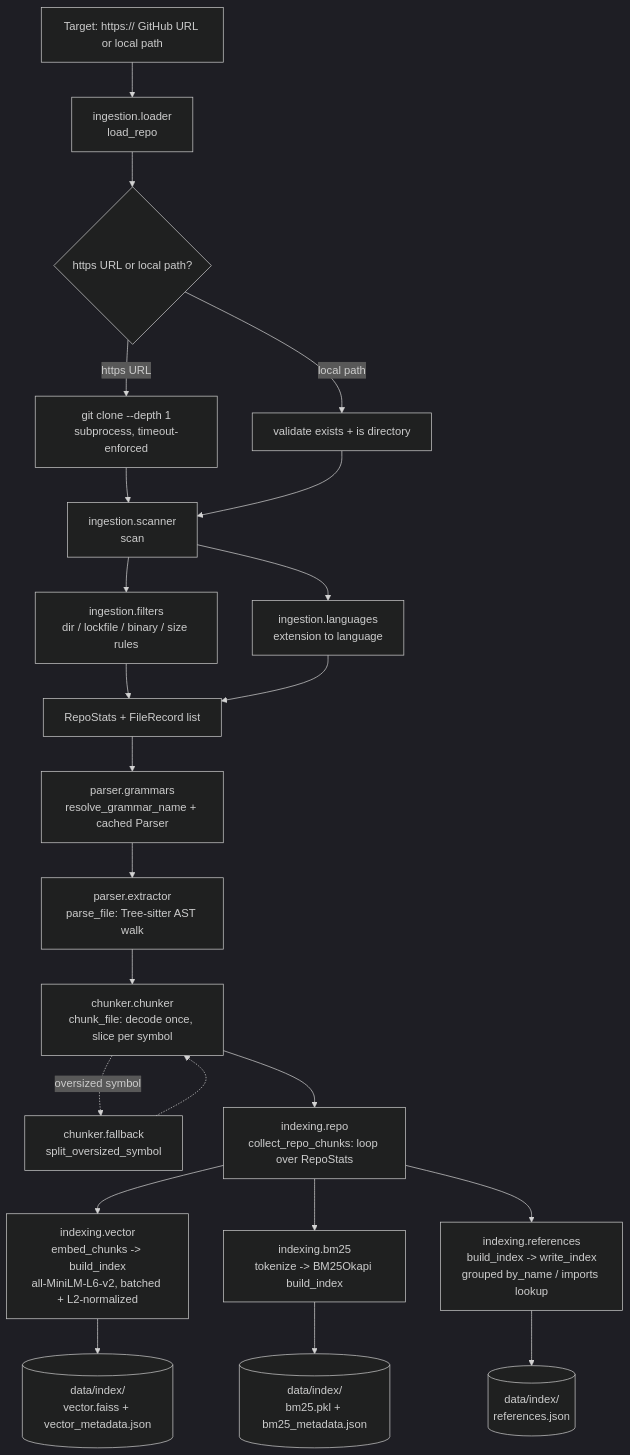
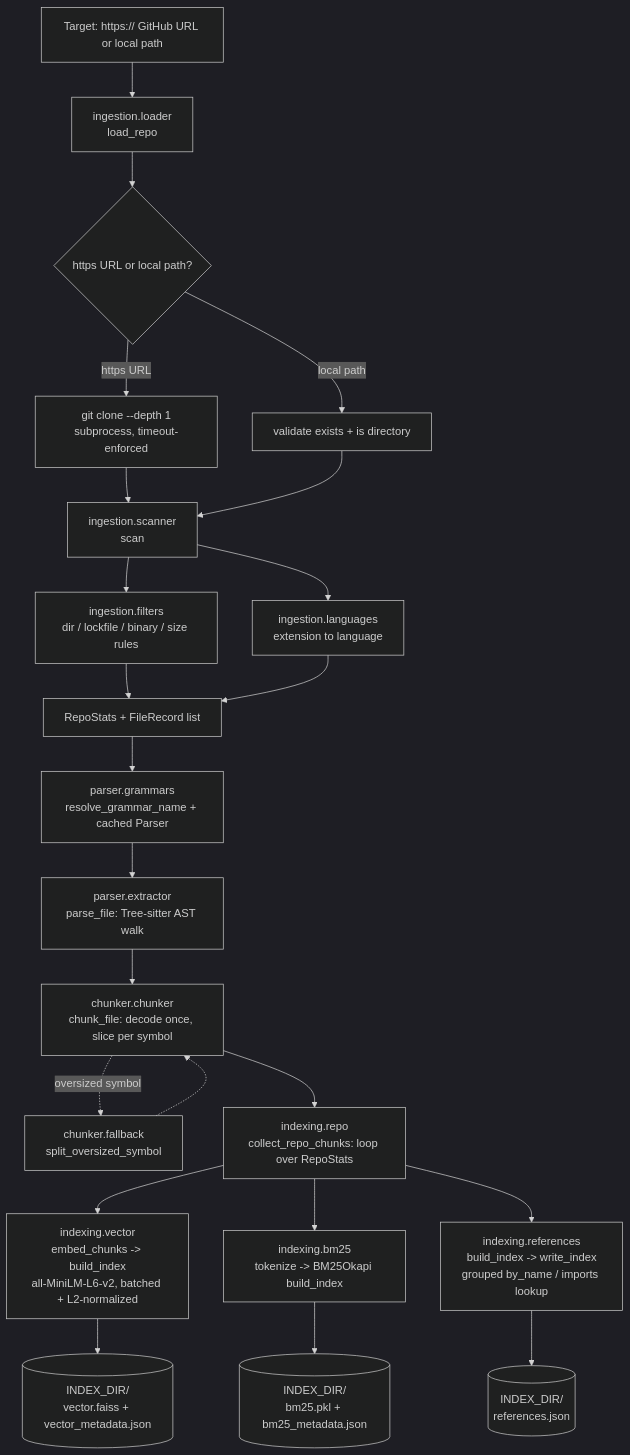
The second of 10 diagrams in FLOW.md (AyushShanu/CodeBase-MCP-Server), drawn with Mermaid (dark theme) before and after one commit. The commit also changed other lines of this file and 13 other files, not shown here.

````diff
--- a/FLOW.md
+++ b/FLOW.md
@@ -146,25 +160,25 @@
 ```mermaid
 flowchart TD
     A[Target: https:// GitHub URL or local path] --> B1[ingestion.loader<br/>load_repo]
     B1 --> B2{https URL or local path?}
     B2 -->|https URL| B3[git clone --depth 1<br/>subprocess, timeout-enforced]
     B2 -->|local path| B4[validate exists + is directory]
     B3 --> B5[ingestion.scanner<br/>scan]
     B4 --> B5
     B5 --> B6[ingestion.filters<br/>dir / lockfile / binary / size rules]
     B5 --> B7[ingestion.languages<br/>extension to language]
     B6 --> B8[RepoStats + FileRecord list]
     B7 --> B8
     B8 --> C1[parser.grammars<br/>resolve_grammar_name + cached Parser]
     C1 --> C2[parser.extractor<br/>parse_file: Tree-sitter AST walk]
     C2 --> D1[chunker.chunker<br/>chunk_file: decode once, slice per symbol]
     D1 -.oversized symbol.-> D2[chunker.fallback<br/>split_oversized_symbol]
     D2 -.-> D1
     D1 --> D3[indexing.repo<br/>collect_repo_chunks: loop over RepoStats]
     D3 --> E[indexing.vector<br/>embed_chunks -> build_index<br/>all-MiniLM-L6-v2, batched + L2-normalized]
     D3 --> F[indexing.bm25<br/>tokenize -> BM25Okapi build_index]
     D3 --> I[indexing.references<br/>build_index -> write_index<br/>grouped by_name / imports lookup]
-    E --> G[("data/index/<br/>vector.faiss + vector_metadata.json")]
-    F --> H[("data/index/<br/>bm25.pkl + bm25_metadata.json")]
-    I --> J[("data/index/<br/>references.json")]
+    E --> G[("INDEX_DIR/<br/>vector.faiss + vector_metadata.json")]
+    F --> H[("INDEX_DIR/<br/>bm25.pkl + bm25_metadata.json")]
+    I --> J[("INDEX_DIR/<br/>references.json")]
 ```
````
